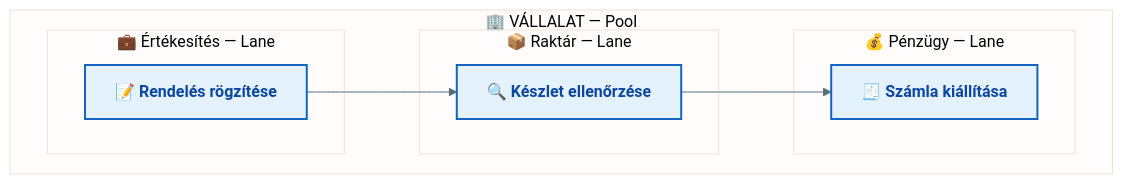
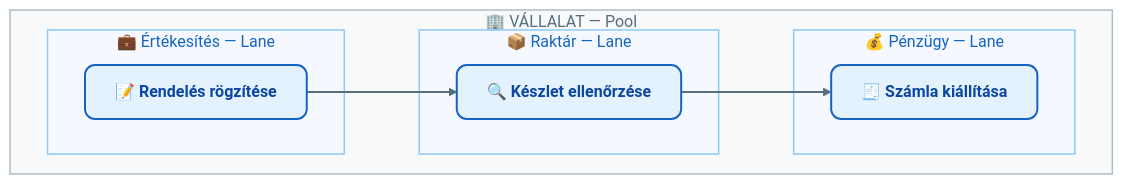
The second of 2 diagrams in Tételek/V02-GMXSF2MBLF-Üzleti folyamatok modellezése BPMN 2.0.tétel.md (denespocsik/MM_BSC_Zarovizsga), drawn with Mermaid before and after one commit. The commit also changed other lines of this file and 34 other files, not shown here.

First line of the commit message:
style(tételek): egységes vizuális arculat a Mermaid-diagramokhoz

````diff
--- a/Tételek/V02-GMXSF2MBLF-Üzleti folyamatok modellezése BPMN 2.0.tétel.md
+++ b/Tételek/V02-GMXSF2MBLF-Üzleti folyamatok modellezése BPMN 2.0.tétel.md
@@ -66,18 +68,24 @@
 ```mermaid
-%%{init: {'theme': 'base', 'themeVariables': {'primaryColor': '#E3F2FD', 'primaryBorderColor': '#1565C0', 'lineColor': '#546E7A', 'edgeLabelBackground': '#F5F5F5'}}}%%
 flowchart TD
-    classDef task fill:#E3F2FD,stroke:#1565C0,stroke-width:2px,color:#0D47A1,font-weight:bold
-
     subgraph VALLALAT["🏢 VÁLLALAT — Pool"]
         subgraph Ert["💼 Értékesítés — Lane"]
-            A["📝 Rendelés rögzítése"]:::task
+            A["📝 <b>Rendelés rögzítése</b>"]:::kek
         end
         subgraph Rakt["📦 Raktár — Lane"]
-            B["🔍 Készlet ellenőrzése"]:::task
+            B["🔍 <b>Készlet ellenőrzése</b>"]:::kek
         end
         subgraph Pen["💰 Pénzügy — Lane"]
-            C["🧾 Számla kiállítása"]:::task
+            C["🧾 <b>Számla kiállítása</b>"]:::kek
         end
     end
     A --> B --> C
+
+    classDef kek fill:#e3f2fd,stroke:#1565c0,stroke-width:2px,color:#0d47a1,rx:10,ry:10;
+
+    style VALLALAT fill:#f7f9fa,stroke:#b0bec5,stroke-width:1.5px,color:#546e7a;
+    style Ert  fill:#f5f9ff,stroke:#90caf9,stroke-width:1.5px,color:#1565c0;
+    style Rakt fill:#f5f9ff,stroke:#90caf9,stroke-width:1.5px,color:#1565c0;
+    style Pen  fill:#f5f9ff,stroke:#90caf9,stroke-width:1.5px,color:#1565c0;
+
+    linkStyle default stroke:#546e7a,stroke-width:2px;
 ```
````
